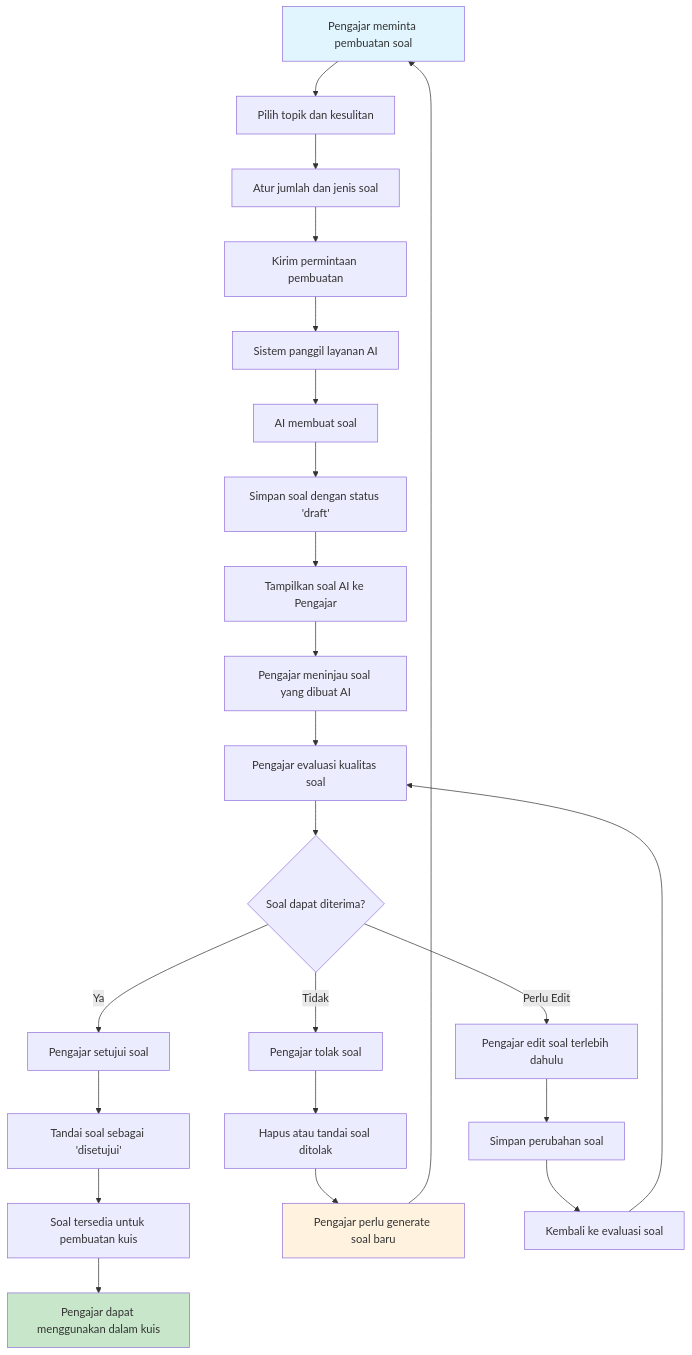
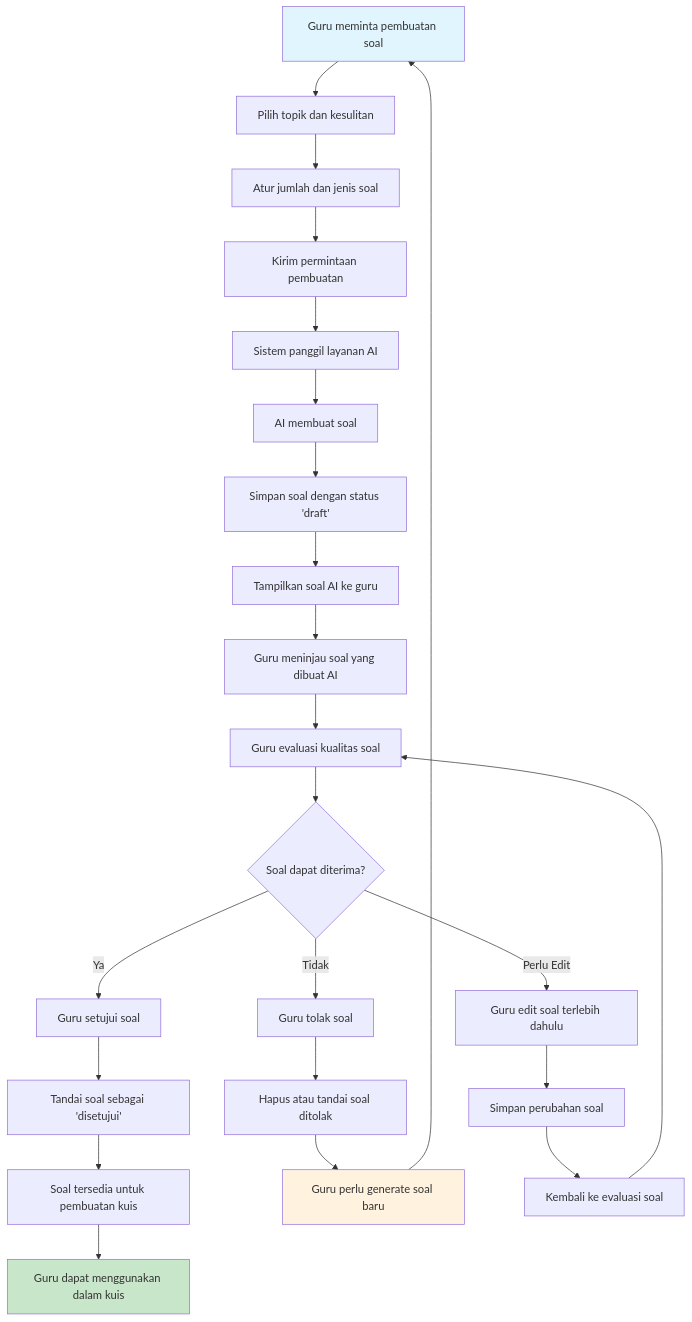
The second of 8 diagrams in activity-diagrams.md (jonito2005/exam-expert-ai-docs), drawn with Mermaid before and after one commit. The commit also changed other lines of this file and 4 other files, not shown here.

````diff
--- a/activity-diagrams.md
+++ b/activity-diagrams.md
@@ -39,34 +51,34 @@
 ```mermaid
 flowchart TD
-    A[Pengajar meminta pembuatan soal] --> B[Pilih topik dan kesulitan]
+    A[Guru meminta pembuatan soal] --> B[Pilih topik dan kesulitan]
     B --> C[Atur jumlah dan jenis soal]
     C --> D[Kirim permintaan pembuatan]
     D --> E[Sistem panggil layanan AI]
     E --> F[AI membuat soal]
     F --> G[Simpan soal dengan status 'draft']
-    G --> H[Tampilkan soal AI ke Pengajar]
-    H --> I[Pengajar meninjau soal yang dibuat AI]
+    G --> H[Tampilkan soal AI ke guru]
+    H --> I[Guru meninjau soal yang dibuat AI]
     
-    I --> J[Pengajar evaluasi kualitas soal]
+    I --> J[Guru evaluasi kualitas soal]
     J --> K{Soal dapat diterima?}
     
-    K -->|Ya| L[Pengajar setujui soal]
-    K -->|Tidak| M[Pengajar tolak soal]
-    K -->|Perlu Edit| N[Pengajar edit soal terlebih dahulu]
+    K -->|Ya| L[Guru setujui soal]
+    K -->|Tidak| M[Guru tolak soal]
+    K -->|Perlu Edit| N[Guru edit soal terlebih dahulu]
     
     L --> O[Tandai soal sebagai 'disetujui']
     M --> P[Hapus atau tandai soal ditolak]
     N --> Q[Simpan perubahan soal]
     
     O --> R[Soal tersedia untuk pembuatan kuis]
-    P --> S[Pengajar perlu generate soal baru]
+    P --> S[Guru perlu generate soal baru]
     Q --> T[Kembali ke evaluasi soal]
     
     T --> J
-    R --> U[Pengajar dapat menggunakan dalam kuis]
+    R --> U[Guru dapat menggunakan dalam kuis]
     S --> A
     
     style A fill:#e1f5fe
     style U fill:#c8e6c9
     style S fill:#fff3e0
 ```
````
